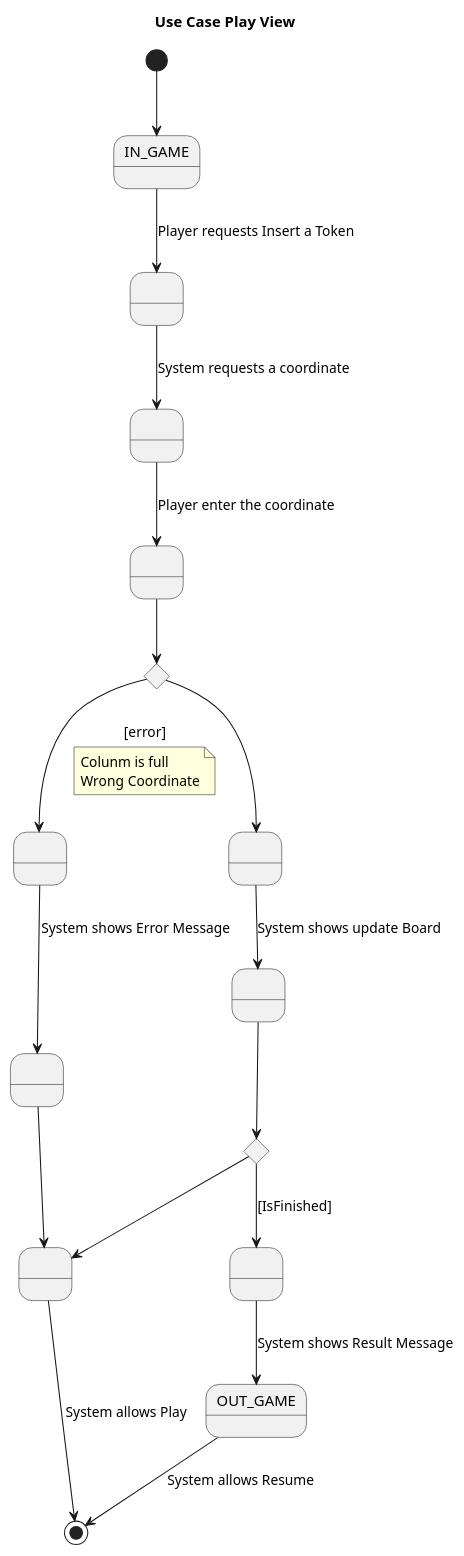
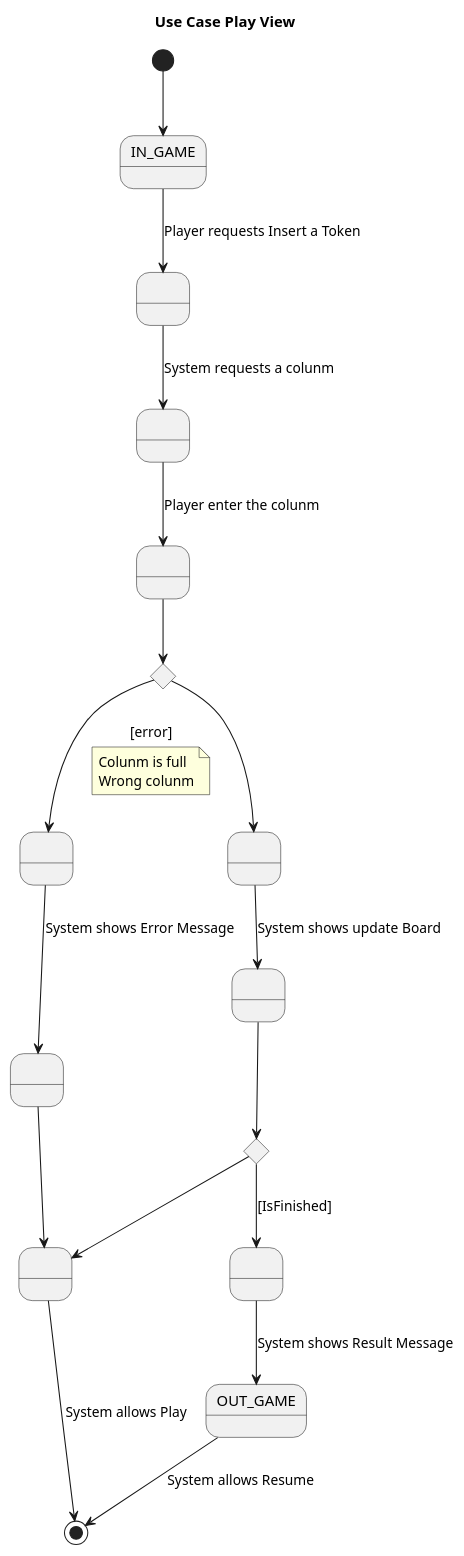
One commit to franpaulinoinfante/MasterSoftwareDevelopment changed the diagram in src/Connect4/Docs/startuml Diagram/UseCasePlayView.plantuml. Above: the diagram before and after it, drawn with PlantUML. The commit also changed 6 other files, not shown here.

```diff
--- a/src/Connect4/Docs/startuml Diagram/UseCasePlayView.plantuml
+++ b/src/Connect4/Docs/startuml Diagram/UseCasePlayView.plantuml
@@ -1,39 +1,39 @@
 @startuml UseCasePlayView
 title Use Case Play View
 
 state IN_GAME
 state OUT_GAME
 state A as " "
 state B as " "
 state C as " "
 state D as " "
 state E as " "
 state F as " "
 state G as " "
 state H as " "
 state I as " "
 state if1 <<choice>>
 state if2 <<choice>>
 
 [*] --> IN_GAME
 IN_GAME --> A : Player requests Insert a Token
-A --> B : System requests a coordinate
-B --> C : Player enter the coordinate
+A --> B : System requests a colunm
+B --> C : Player enter the colunm
 C --> if1
     if1 --> D : [error]
     note on link
         Colunm is full
-        Wrong Coordinate
+        Wrong colunm
     endnote
     D --> E : System shows Error Message
     E --> F 
     F --> [*] : System allows Play
 if1 --> G 
 G --> H : System shows update Board
 H --> if2
     if2 --> F
 
 if2 --> I : [IsFinished]
 I --> OUT_GAME : System shows Result Message
 OUT_GAME --> [*] : System allows Resume
 @enduml
```
